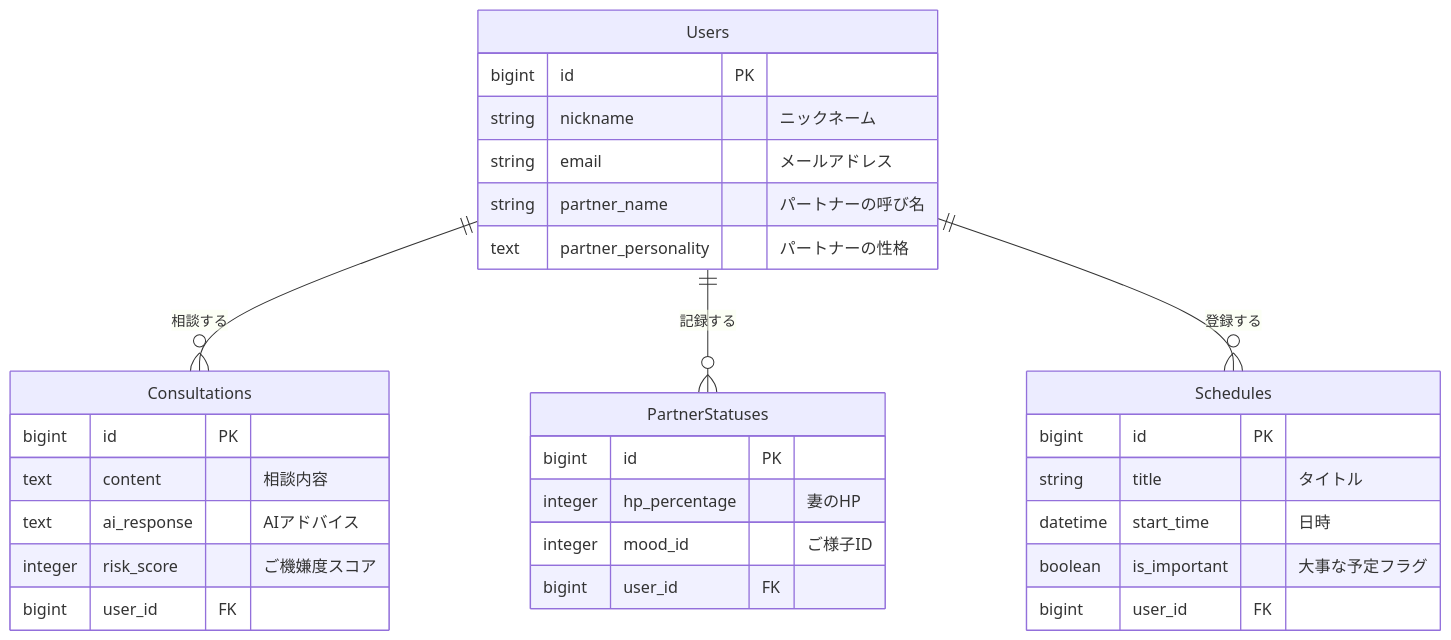
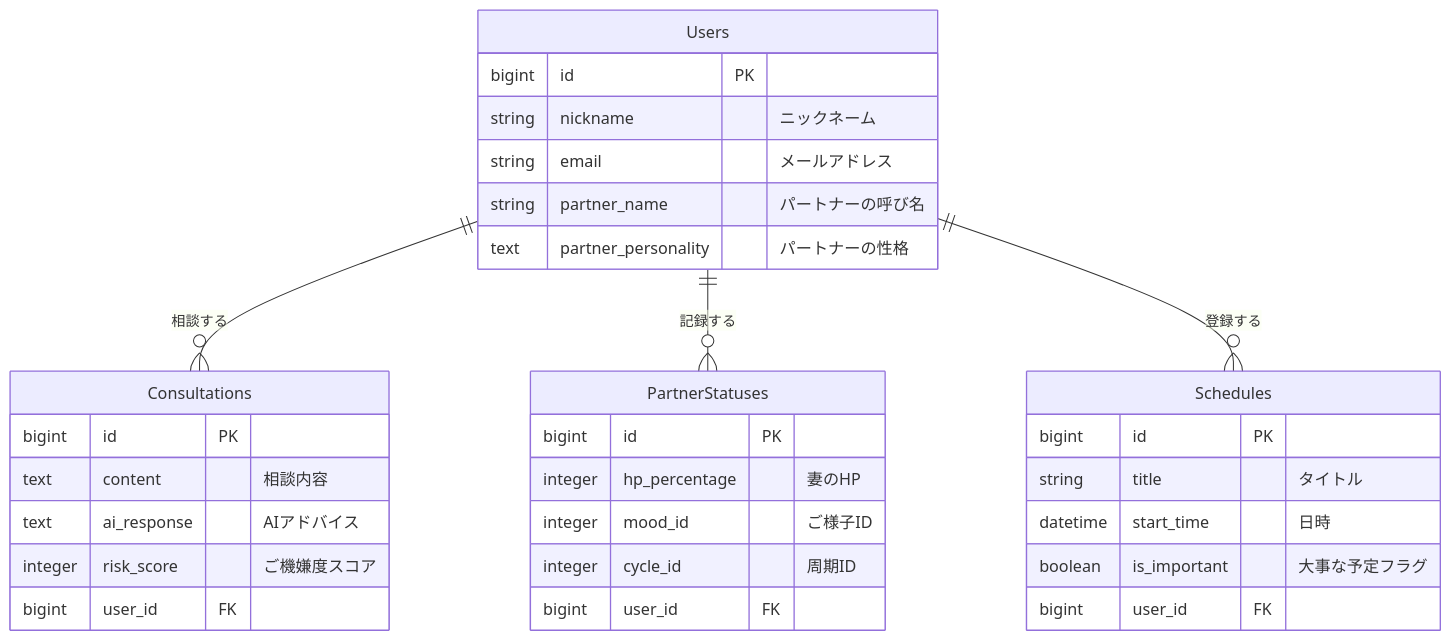
The first of 2 diagrams in README.md (han-techtech1020/meoto_log), drawn with Mermaid before and after one commit. The commit also changed other lines of this file and 1 other file, not shown here.

````diff
--- a/README.md
+++ b/README.md
@@ -113,37 +116,38 @@
 ```mermaid
 erDiagram
     Users ||--o{ Consultations : "相談する"
     Users ||--o{ PartnerStatuses : "記録する"
     Users ||--o{ Schedules : "登録する"
 
     Users {
         bigint id PK
         string nickname "ニックネーム"
         string email "メールアドレス"
         string partner_name "パートナーの呼び名"
         text partner_personality "パートナーの性格"
     }
 
     Consultations {
         bigint id PK
         text content "相談内容"
         text ai_response "AIアドバイス"
         integer risk_score "ご機嫌度スコア"
         bigint user_id FK
     }
 
     PartnerStatuses {
         bigint id PK
         integer hp_percentage "妻のHP"
         integer mood_id "ご様子ID"
+        integer cycle_id "周期ID"
         bigint user_id FK
     }
 
     Schedules {
         bigint id PK
         string title "タイトル"
         datetime start_time "日時"
         boolean is_important "大事な予定フラグ"
         bigint user_id FK
     }
 ```
````
